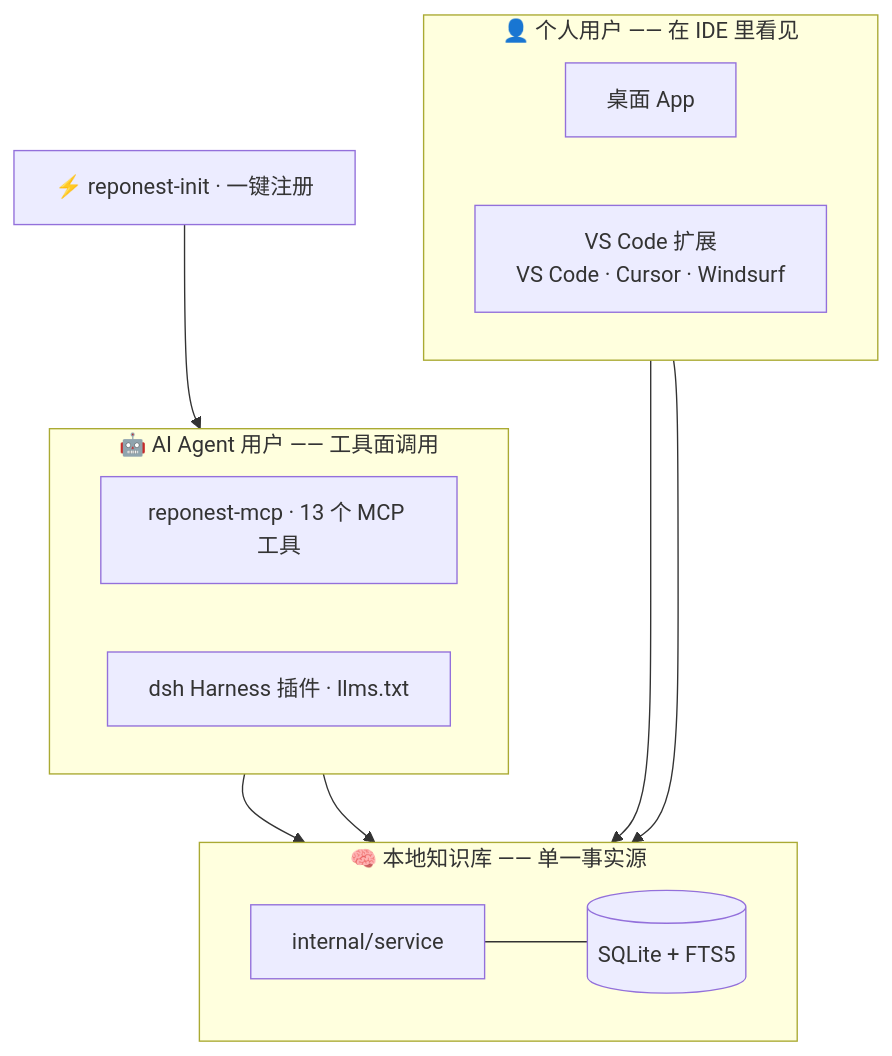
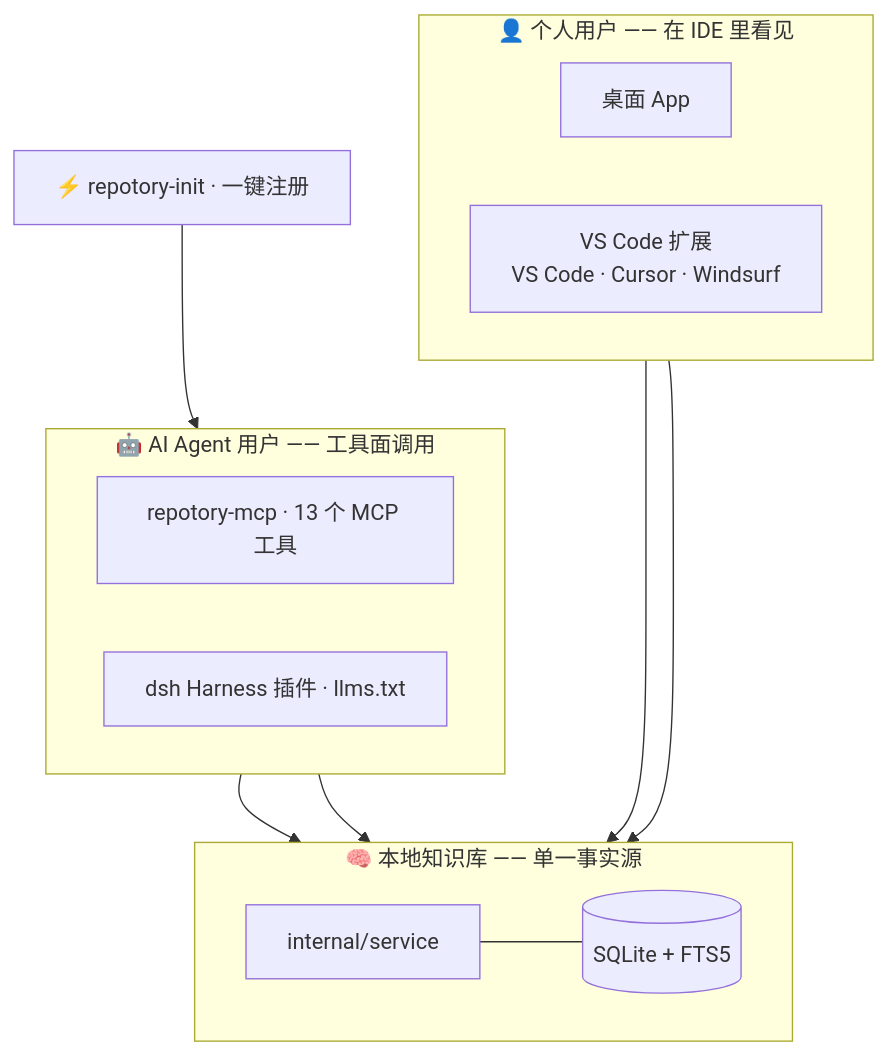
The second of 2 diagrams in README.zh-CN.md (sky-jiangcheng/repo-nest), drawn with Mermaid before and after one commit. The commit also changed other lines of this file and 242 other files, not shown here.

````diff
--- a/README.zh-CN.md
+++ b/README.zh-CN.md
@@ -43,24 +43,24 @@
 ```mermaid
 flowchart TB
     subgraph HUMAN[👤 个人用户 —— 在 IDE 里看见]
         direction LR
         DESKTOP[桌面 App]
         VSCODE[VS Code 扩展<br/>VS Code · Cursor · Windsurf]
     end
     subgraph AGENT[🤖 AI Agent 用户 —— 工具面调用]
         direction LR
-        MCP[reponest-mcp · 13 个 MCP 工具]
+        MCP[repotory-mcp · 13 个 MCP 工具]
         DSH[dsh Harness 插件 · llms.txt]
     end
     subgraph CORE[🧠 本地知识库 —— 单一事实源]
         direction LR
         SVC[internal/service] --- DB[(SQLite + FTS5)]
     end
     HUMAN ~~~ AGENT ~~~ CORE
-    INIT[⚡ reponest-init · 一键注册]
+    INIT[⚡ repotory-init · 一键注册]
     INIT --> MCP
     DESKTOP --> SVC
     VSCODE --> SVC
     MCP --> SVC
     DSH --> SVC
 ```
````
